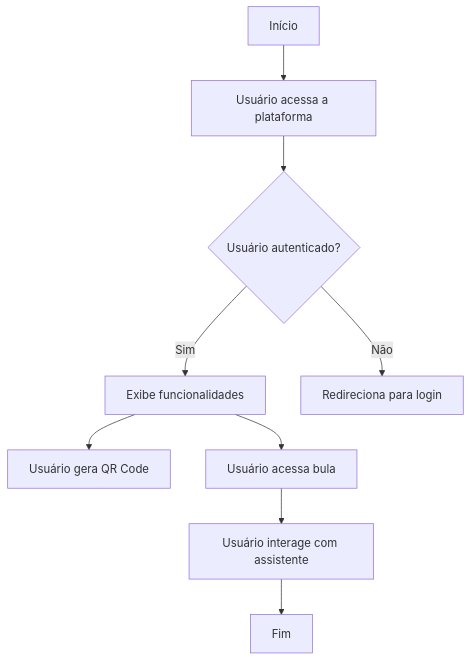
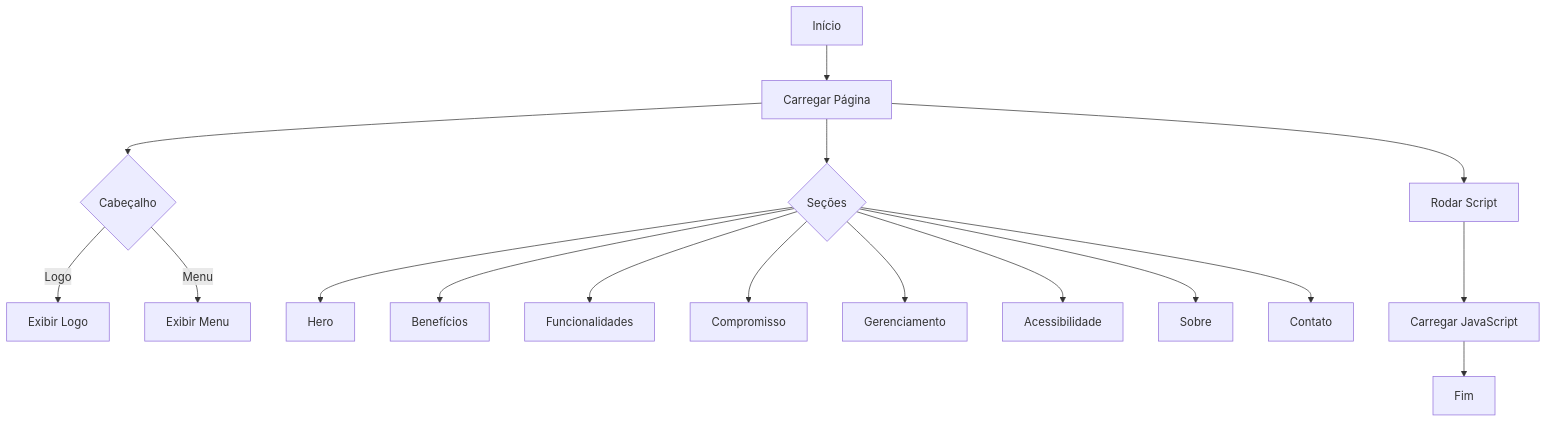
Before and after one commit to Dotter-Brasil/modelo-ci-cd-versionamento: the first of 2 diagrams in documentacao/documentacao_bruta_index.html.md, drawn with Mermaid. The commit also changed other lines of this file and 11 other files, not shown here.

````diff
--- a/documentacao/documentacao_bruta_index.html.md
+++ b/documentacao/documentacao_bruta_index.html.md
@@ -58,11 +13,19 @@
 ```mermaid
 flowchart TD
-    A[Início] --> B[Usuário acessa a plataforma]
-    B --> C{Usuário autenticado?}
-    C -->|Sim| D[Exibe funcionalidades]
-    C -->|Não| E[Redireciona para login]
-    D --> F[Usuário gera QR Code]
-    D --> G[Usuário acessa bula]
-    G --> H[Usuário interage com assistente]
-    H --> I[Fim]
+    A[Início] --> B[Carregar Página]
+    B --> C{Cabeçalho}
+    C -->|Logo| D[Exibir Logo]
+    C -->|Menu| E[Exibir Menu]
+    B --> F{Seções}
+    F --> G[Hero]
+    F --> H[Benefícios]
+    F --> I[Funcionalidades]
+    F --> J[Compromisso]
+    F --> K[Gerenciamento]
+    F --> L[Acessibilidade]
+    F --> M[Sobre]
+    F --> N[Contato]
+    B --> O[Rodar Script]
+    O --> P[Carregar JavaScript]
+    P --> Q[Fim]
 ```
````
